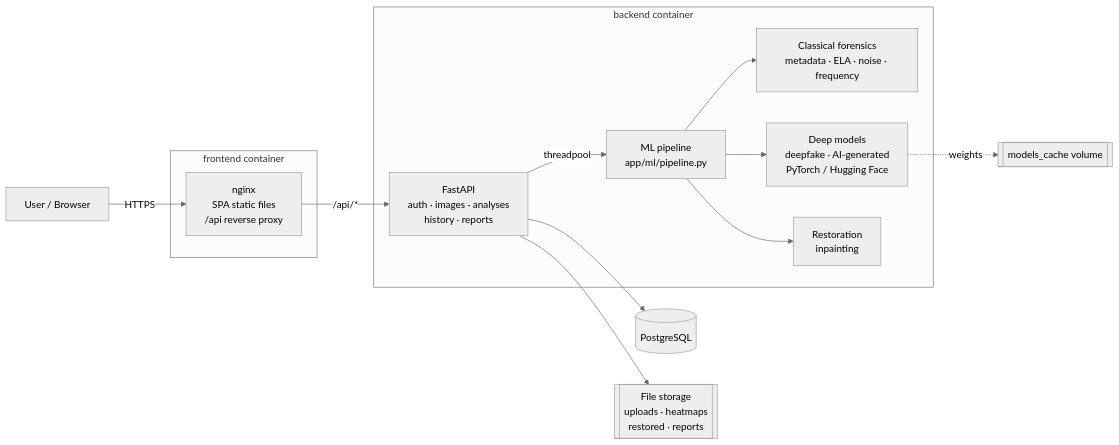
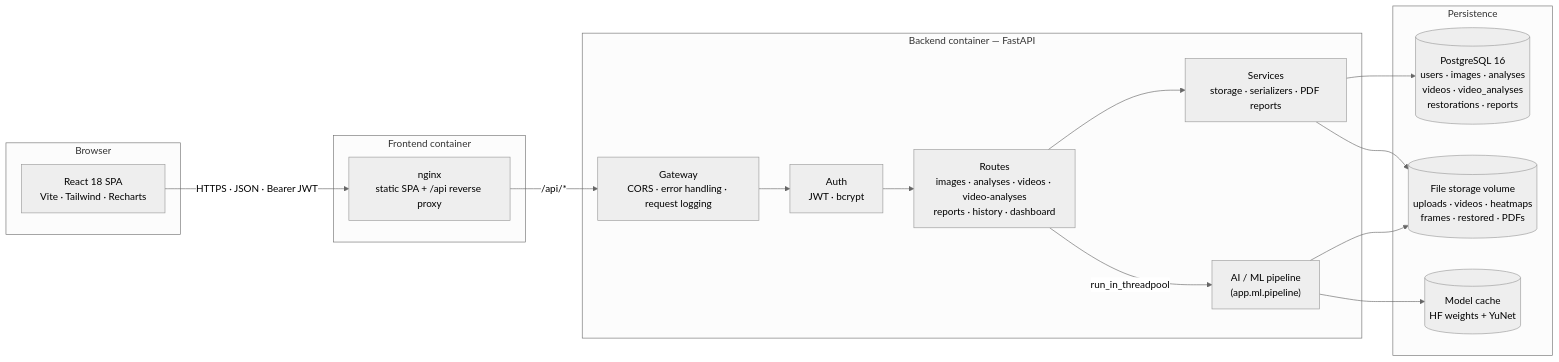
The first of 7 diagrams in README.md (lalamansingh/Chill-Fun-Hacakthon), drawn with Mermaid (neutral theme) before and after one commit. The commit also changed other lines of this file and 60 other files, not shown here.

First line of the commit message:
Add video deepfake analysis, professional UI redesign and full README

````diff
--- a/README.md
+++ b/README.md
@@ -38,22 +239,34 @@
 ```mermaid
 flowchart LR
-    U[User / Browser] -->|HTTPS| N
-
-    subgraph FE["frontend container"]
-        N[nginx<br/>SPA static files<br/>/api reverse proxy]
+    subgraph Client["Browser"]
+        UI["React 18 SPA<br/>Vite · Tailwind · Recharts"]
     end
 
-    subgraph BE["backend container"]
-        A[FastAPI<br/>auth · images · analyses<br/>history · reports]
-        P[ML pipeline<br/>app/ml/pipeline.py]
-        A -->|threadpool| P
-        P --> C1[Classical forensics<br/>metadata · ELA · noise · frequency]
-        P --> C2[Deep models<br/>deepfake · AI-generated<br/>PyTorch / Hugging Face]
-        P --> R[Restoration<br/>inpainting]
+    subgraph Edge["Frontend container"]
+        NGINX["nginx<br/>static SPA + /api reverse proxy"]
     end
 
-    N -->|/api/*| A
-    A --> DB[(PostgreSQL)]
-    A --> FS[[File storage<br/>uploads · heatmaps<br/>restored · reports]]
-    C2 -.weights.-> MC[[models_cache volume]]
+    subgraph API["Backend container — FastAPI"]
+        GW["Gateway<br/>CORS · error handling · request logging"]
+        AUTH["Auth<br/>JWT · bcrypt"]
+        ROUTES["Routes<br/>images · analyses · videos · video-analyses<br/>reports · history · dashboard"]
+        SVC["Services<br/>storage · serializers · PDF reports"]
+        ML["AI / ML pipeline<br/>(app.ml.pipeline)"]
+    end
+
+    subgraph Data["Persistence"]
+        PG[("PostgreSQL 16<br/>users · images · analyses<br/>videos · video_analyses<br/>restorations · reports")]
+        FS[("File storage volume<br/>uploads · videos · heatmaps<br/>frames · restored · PDFs")]
+        MC[("Model cache<br/>HF weights + YuNet")]
+    end
+
+    UI -- "HTTPS · JSON · Bearer JWT" --> NGINX
+    NGINX -- "/api/*" --> GW
+    GW --> AUTH --> ROUTES
+    ROUTES --> SVC
+    ROUTES -- "run_in_threadpool" --> ML
+    SVC --> PG
+    SVC --> FS
+    ML --> FS
+    ML --> MC
 ```
````
